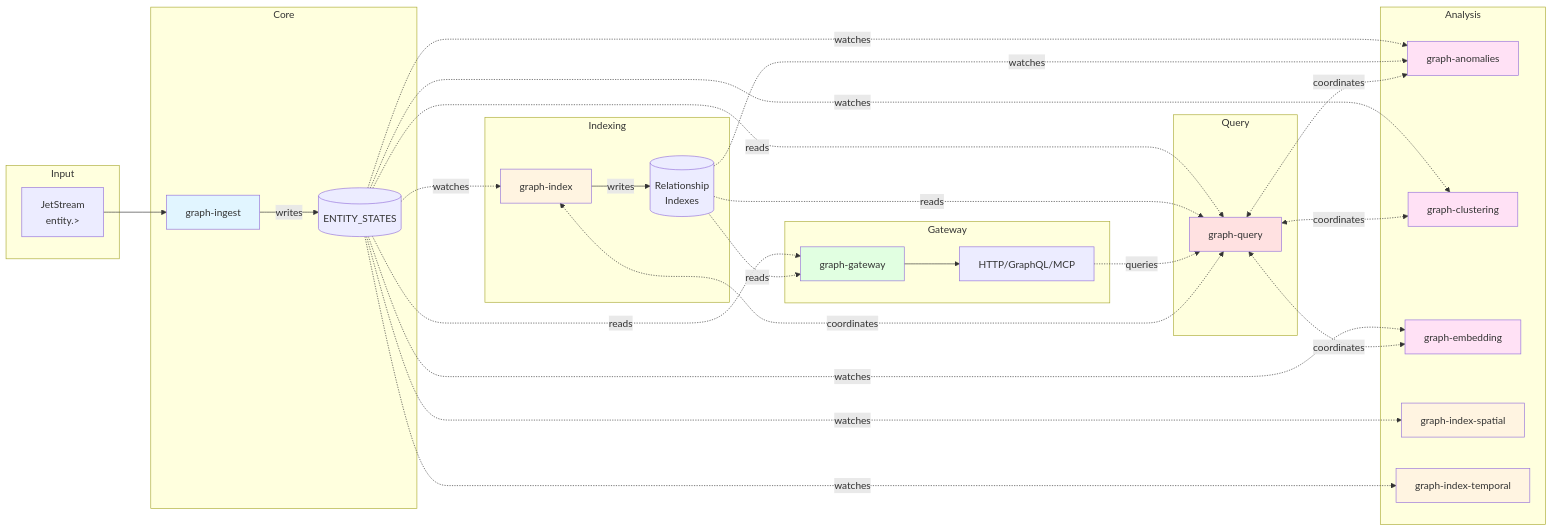
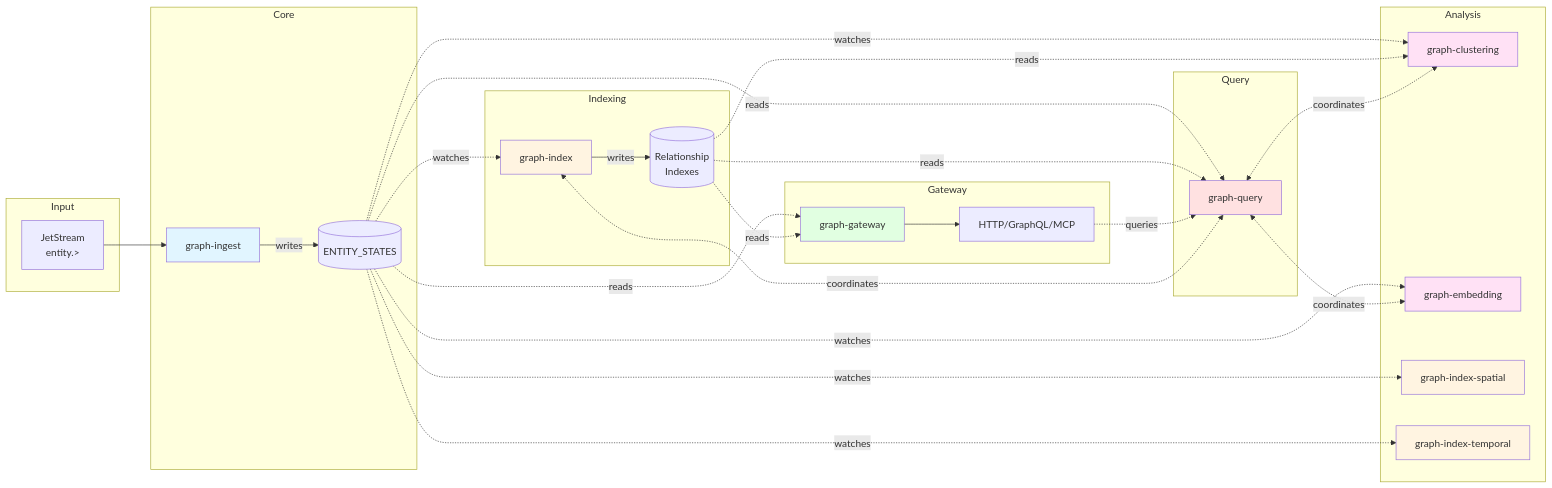
Before and after one commit to C360Studio/semteams: the diagram in docs/diagrams/component-architecture.mmd, drawn with Mermaid. The commit also changed 19 other files, not shown here.

First line of the commit message:
refactor(clustering): remove deprecated graph-anomalies component

```diff
--- a/docs/diagrams/component-architecture.mmd
+++ b/docs/diagrams/component-architecture.mmd
@@ -1,54 +1,52 @@
 
 flowchart LR
     subgraph Input
         JS[JetStream<br/>entity.>]
     end
 
     subgraph Core
         GI[graph-ingest]
         ES[(ENTITY_STATES)]
     end
 
     subgraph Indexing
         GX[graph-index]
         OI[(Relationship<br/>Indexes)]
     end
 
     subgraph Analysis
-        GA[graph-anomalies]
         GC[graph-clustering]
         GE[graph-embedding]
         GIS[graph-index-spatial]
         GIT[graph-index-temporal]
     end
 
     subgraph Query
         GQ[graph-query]
     end
 
     subgraph Gateway
         GW[graph-gateway]
         API[HTTP/GraphQL/MCP]
     end
 
     JS --> GI
     GI -->|writes| ES
     ES -.->|watches| GX
     GX -->|writes| OI
-    ES -.->|watches| GA & GC & GE & GIS & GIT
-    OI -.->|watches| GA
+    ES -.->|watches| GC & GE & GIS & GIT
+    OI -.->|reads| GC
     ES & OI -.->|reads| GQ
-    GQ <-.->|coordinates| GA & GC & GE & GX
+    GQ <-.->|coordinates| GC & GE & GX
     ES & OI -.->|reads| GW
     GW --> API
     API -.->|queries| GQ
 
     style GI fill:#e1f5ff
     style GX fill:#fff4e1
     style GQ fill:#ffe1e1
-    style GA fill:#ffe1f5
     style GC fill:#ffe1f5
     style GE fill:#ffe1f5
     style GIS fill:#fff4e1
     style GIT fill:#fff4e1
     style GW fill:#e1ffe1
```
